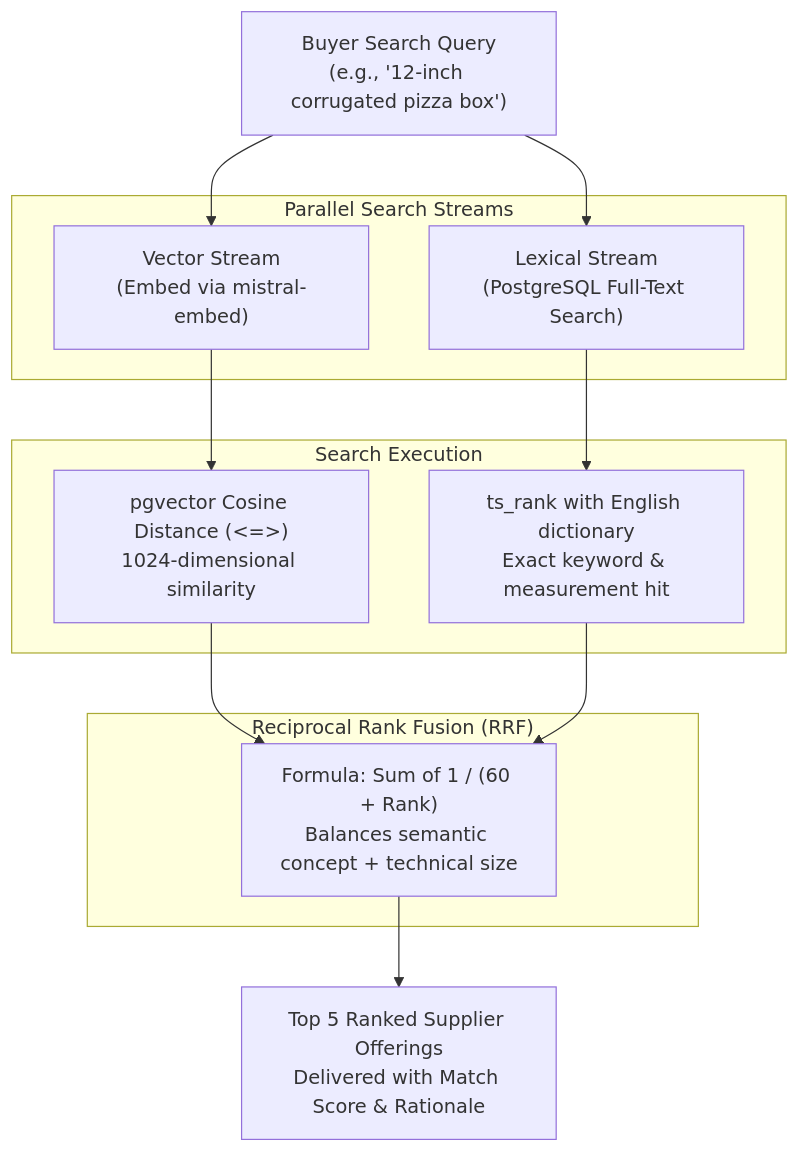
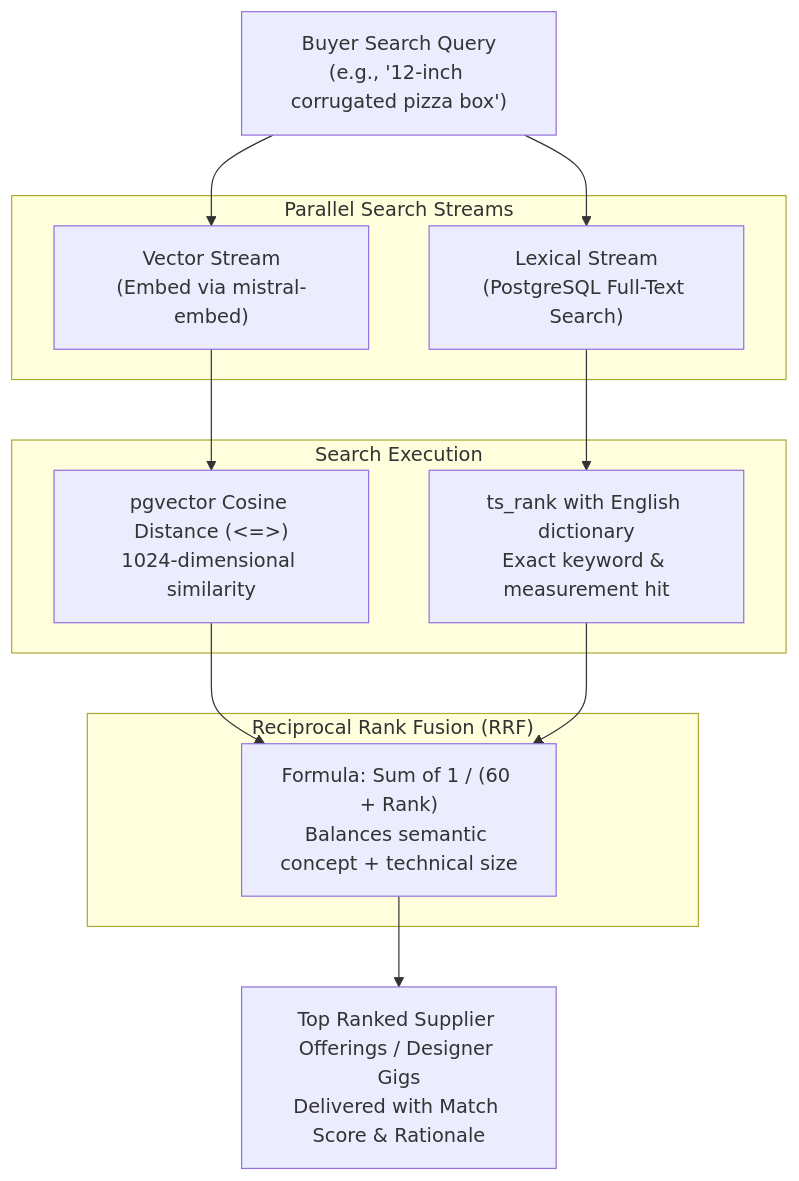
Before and after one commit to Hritujeet/unifiee: the fifth of 7 diagrams in docs/PROJECT_DOCUMENTATION.md, drawn with Mermaid. The commit also changed other lines of this file and 15 other files, not shown here.

````diff
--- a/docs/PROJECT_DOCUMENTATION.md
+++ b/docs/PROJECT_DOCUMENTATION.md
@@ -343,26 +354,26 @@
 ```mermaid
 flowchart TD
     QUERY["Buyer Search Query\n(e.g., '12-inch corrugated pizza box')"]
     
     subgraph ParallelSearch["Parallel Search Streams"]
         VEC["Vector Stream\n(Embed via mistral-embed)"]
         FTS["Lexical Stream\n(PostgreSQL Full-Text Search)"]
     end
     
     subgraph Engine["Search Execution"]
         VEC_RUN["pgvector Cosine Distance (<=>)\n1024-dimensional similarity"]
         FTS_RUN["ts_rank with English dictionary\nExact keyword & measurement hit"]
     end
     
     subgraph Fusion["Reciprocal Rank Fusion (RRF)"]
         RRF_MATH["Formula: Sum of 1 / (60 + Rank)\nBalances semantic concept + technical size"]
     end
     
-    RESULTS["Top 5 Ranked Supplier Offerings\nDelivered with Match Score & Rationale"]
+    RESULTS["Top Ranked Supplier Offerings / Designer Gigs\nDelivered with Match Score & Rationale"]
     
     QUERY --> VEC & FTS
     VEC --> VEC_RUN
     FTS --> FTS_RUN
     VEC_RUN & FTS_RUN --> RRF_MATH
     RRF_MATH --> RESULTS
 ```
````
